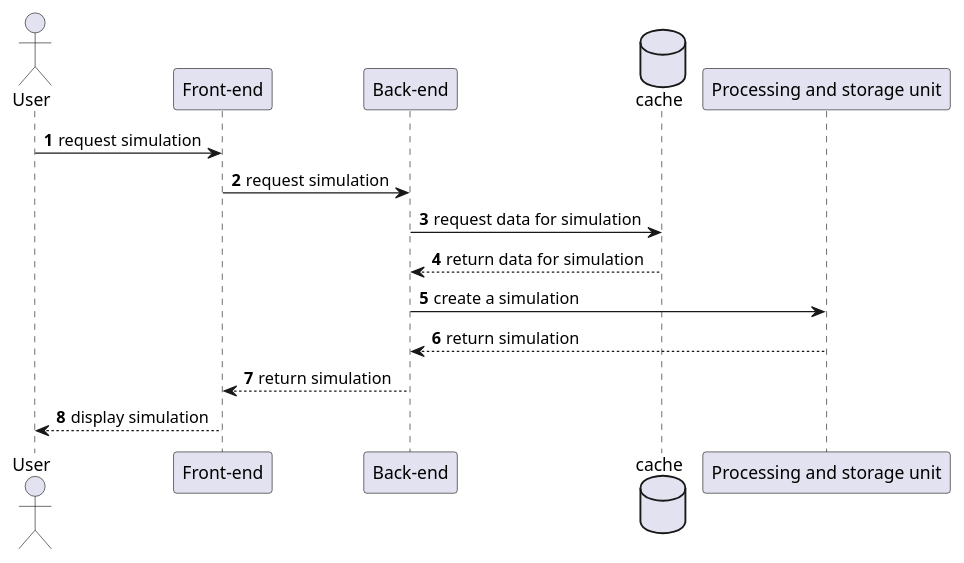
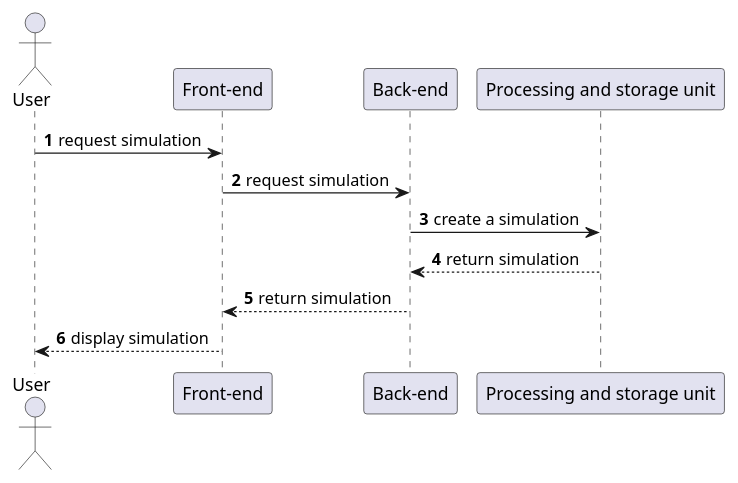
The diagram in sprint0/global/SystemSequenceDiagram/subSequenceDiagramSimulation.puml (ESIR2-PROJET-KEOLIS/design), drawn with PlantUML before and after one commit. The commit also changed 1 other file, not shown here.

Commit message:
remove cache use for simulation.

```diff
--- a/sprint0/global/SystemSequenceDiagram/subSequenceDiagramSimulation.puml
+++ b/sprint0/global/SystemSequenceDiagram/subSequenceDiagramSimulation.puml
@@ -1,17 +1,15 @@
 @startuml sub sequence diagram simulation
 autonumber
 actor       User       as U
 participant "Front-end" as FE
 participant "Back-end" as BE
-database    cache    as Ca
 participant "Processing and storage unit" as UTS
 
 U -> FE : request simulation
 FE -> BE : request simulation
-BE -> Ca : request data for simulation
-Ca --> BE : return data for simulation
+
 BE -> UTS : create a simulation
 UTS --> BE : return simulation
 BE --> FE : return simulation
 FE --> U : display simulation
 @enduml
```
